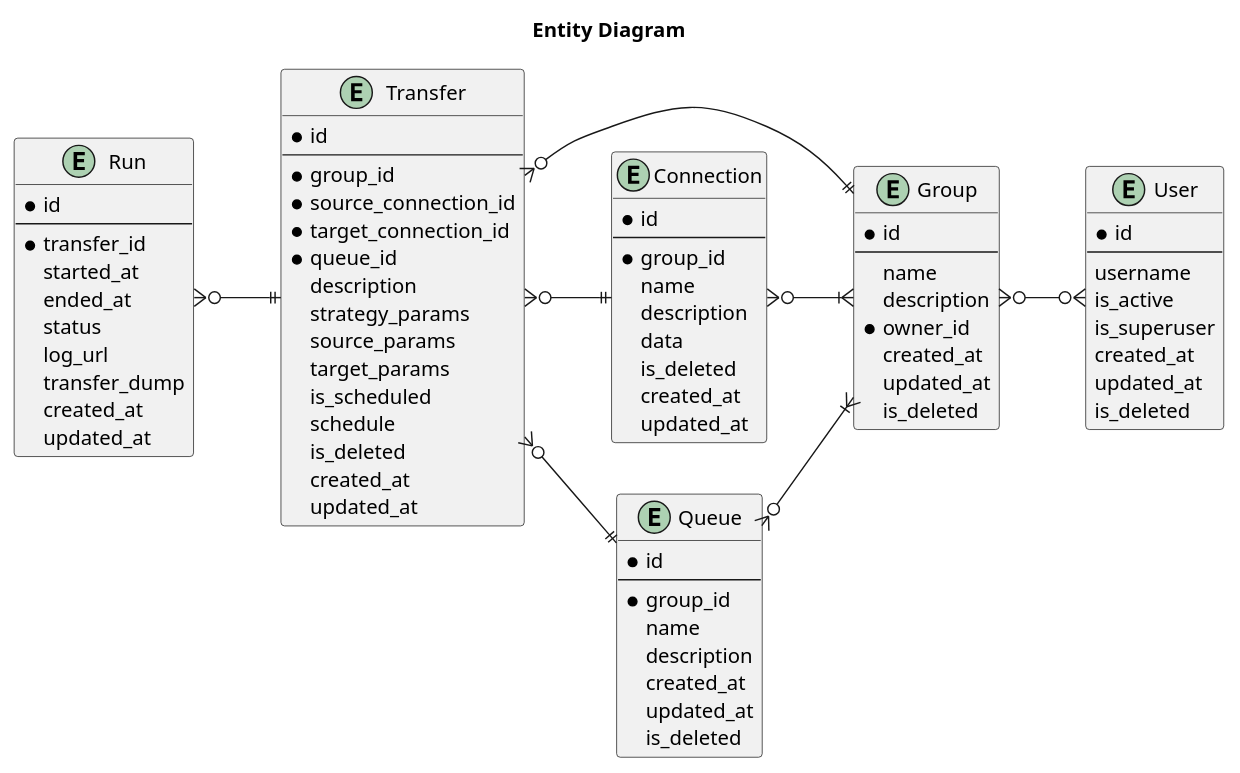
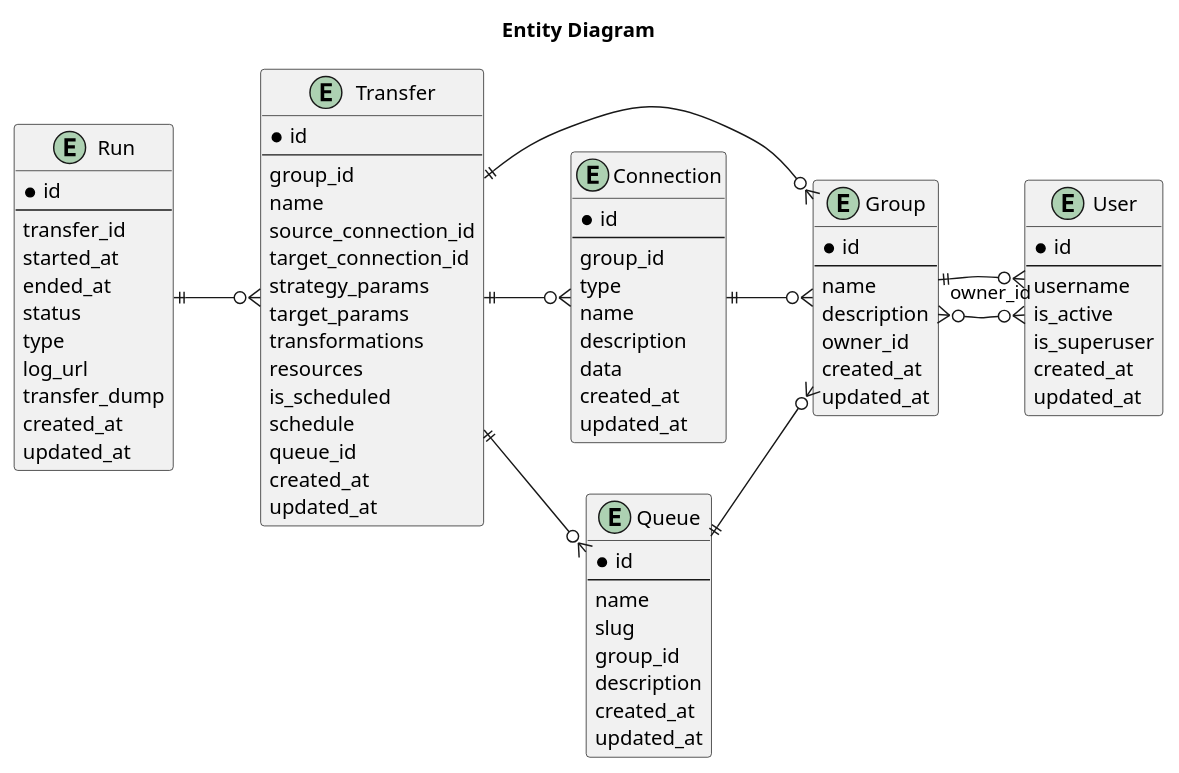
The diagram in docs/design/entities.rst (MobileTeleSystems/syncmaster), drawn with PlantUML before and after one commit. The commit also changed other lines of this file and 1 other file, not shown here.

Commit message:
[DOP-23620] Fix entity diagram

```diff
--- a/docs/design/entities.rst
+++ b/docs/design/entities.rst
@@ -146,7 +148,6 @@
         is_superuser
         created_at
         updated_at
-        is_deleted
     }
 
     entity Group {
@@ -154,20 +155,19 @@
         ----
         name
         description
-        * owner_id
+        owner_id
         created_at
         updated_at
-        is_deleted
     }
 
     entity Connection {
         * id
         ----
-        * group_id
+        group_id
+        type
         name
         description
         data
-        is_deleted
         created_at
         updated_at
     }
@@ -175,28 +175,28 @@
     entity Queue {
         * id
         ----
-        * group_id
         name
+        slug
+        group_id
         description
         created_at
         updated_at
-        is_deleted
     }
 
     entity Transfer {
         * id
         ----
-        * group_id
-        * source_connection_id
-        * target_connection_id
-        * queue_id
-        description
+        group_id
+        name
+        source_connection_id
+        target_connection_id
         strategy_params
-        source_params
         target_params
+        transformations
+        resources
         is_scheduled
         schedule
-        is_deleted
+        queue_id
         created_at
         updated_at
     }
@@ -204,22 +204,24 @@
     entity Run {
         * id
         ----
-        * transfer_id
+        transfer_id
         started_at
         ended_at
         status
+        type
         log_url
         transfer_dump
         created_at
         updated_at
     }
 
-    Run }o--|| Transfer
-    Transfer }o--||Queue
-    Transfer }o--|| Connection
-    Transfer }o--|| Group
-    Connection }o--|{ Group
-    Queue }o--|{ Group
+    Run ||--o{ Transfer
+    Transfer ||--o{ Queue
+    Transfer ||--o{ Connection
+    Transfer ||--o{ Group
+    Connection ||--o{ Group
+    Queue ||--o{ Group
     Group }o--o{ User
+    Group "owner_id" ||--o{ User
 
     @enduml
```
